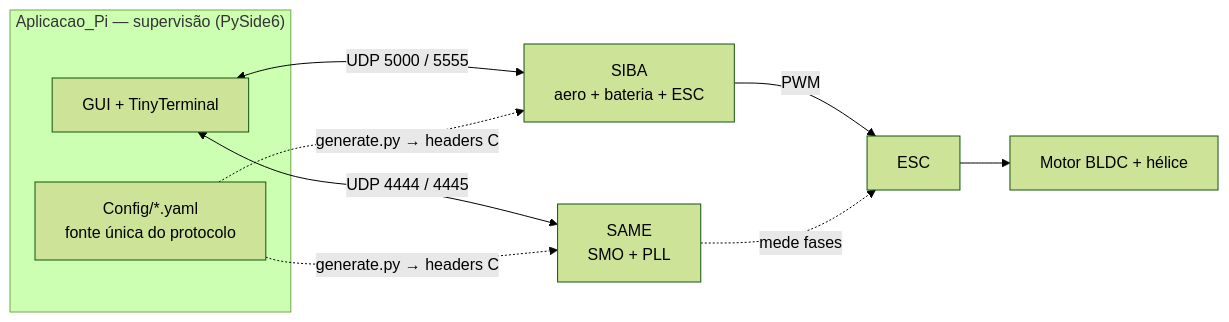
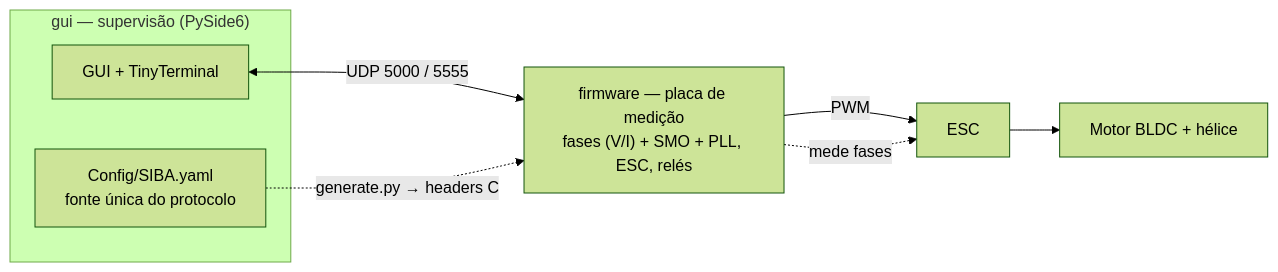
One commit to vitordallolivo/TCC changed the diagram in README.md. Above: the diagram before and after it, drawn with Mermaid (forest theme). The commit also changed other lines of this file and 505 other files, not shown here.

First line of the commit message:
Reorganiza o repositório: firmware/, gui/, docs/ e remove a SAME

````diff
--- a/README.md
+++ b/README.md
@@ -72,18 +66,15 @@
 ```mermaid
 flowchart LR
-    subgraph PC["Aplicacao_Pi — supervisão (PySide6)"]
+    subgraph PC["gui — supervisão (PySide6)"]
         GUI["GUI + TinyTerminal"]
-        YAML["Config/*.yaml<br/>fonte única do protocolo"]
+        YAML["Config/SIBA.yaml<br/>fonte única do protocolo"]
     end
 
-    SIBA["SIBA<br/>aero + bateria + ESC"]
-    SAME["SAME<br/>SMO + PLL"]
+    PLACA["firmware — placa de medição<br/>fases (V/I) + SMO + PLL, ESC, relés"]
     ESC["ESC"] --> MOTOR["Motor BLDC + hélice"]
 
-    GUI <-->|"UDP 5000 / 5555"| SIBA
-    GUI <-->|"UDP 4444 / 4445"| SAME
-    YAML -.->|"generate.py → headers C"| SIBA & SAME
-
-    SIBA -->|PWM| ESC
-    SAME -.->|"mede fases"| ESC
+    GUI <-->|"UDP 5000 / 5555"| PLACA
+    YAML -.->|"generate.py → headers C"| PLACA
+    PLACA -->|PWM| ESC
+    PLACA -.->|"mede fases"| ESC
 ```
````
